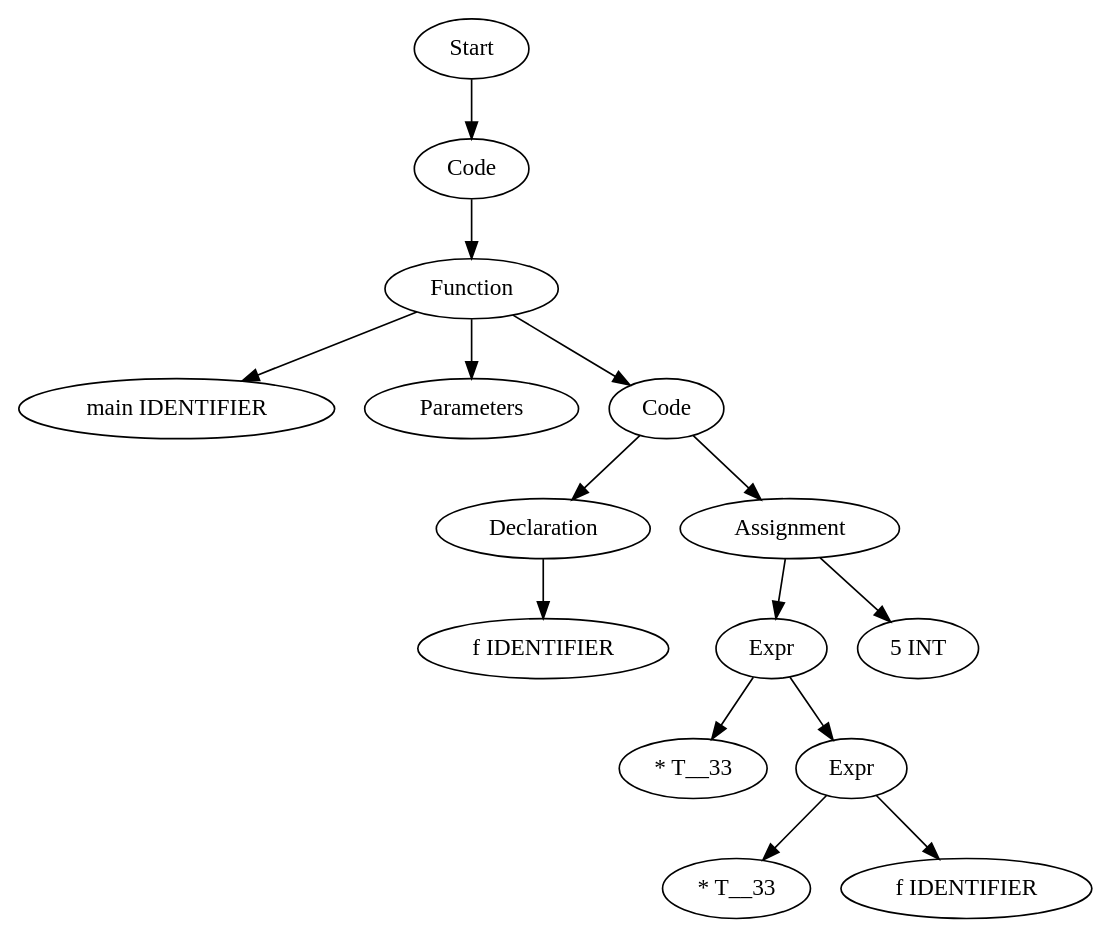
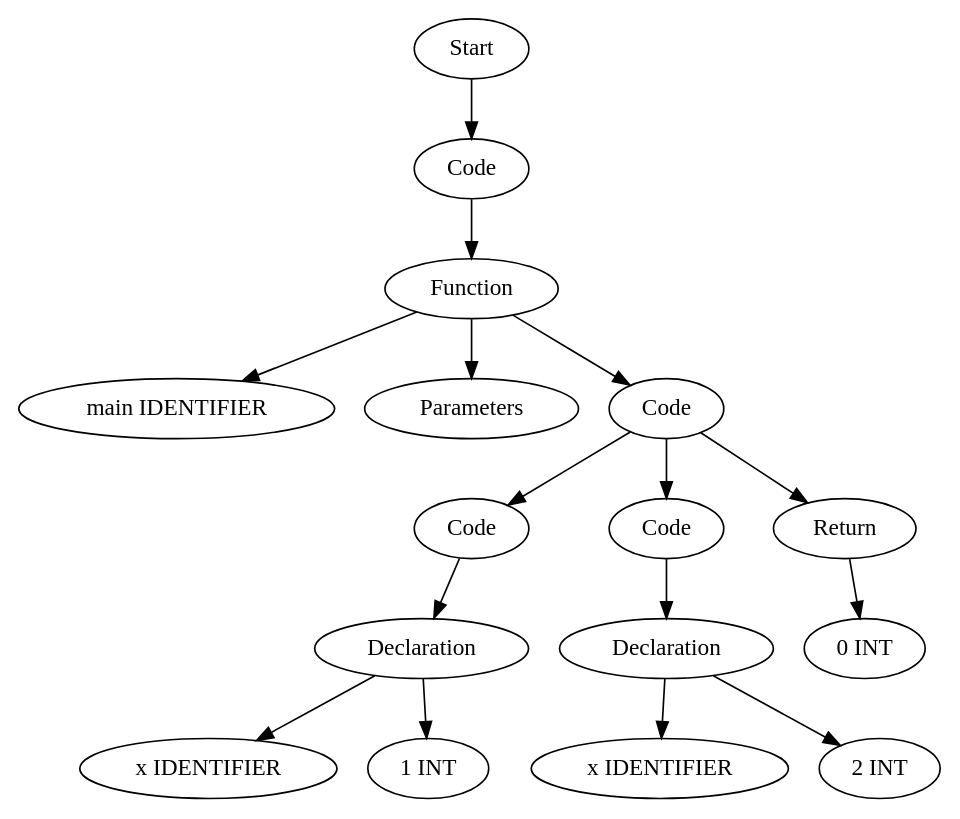
The diagram in TestCases/ASTTests/SemanticErrorsTests/createTests/read_file_before.dot (Are-you-listening/Compilers), drawn with Graphviz before and after one commit. The commit also changed 184 other files, not shown here.

```diff
--- a/TestCases/ASTTests/SemanticErrorsTests/createTests/read_file_before.dot
+++ b/TestCases/ASTTests/SemanticErrorsTests/createTests/read_file_before.dot
@@ -1,31 +1,33 @@
 digraph AST {
-  "133795317442464" [label="Start"];
-  "133795317442464" -> "133795317447696";
-  "133795317447696" [label="Code"];
-  "133795317447696" -> "133795317445104";
-  "133795317445104" [label="Function"];
-  "133795317445104" -> "133795317437328";
-  "133795317445104" -> "133795317438624";
-  "133795317445104" -> "133795317442272";
-  "133795317437328" [label="main IDENTIFIER"];
-  "133795317438624" [label="Parameters"];
-  "133795317442272" [label="Code"];
-  "133795317442272" -> "133795317437616";
-  "133795317442272" -> "133795317448128";
-  "133795317437616" [label="Declaration"];
-  "133795317437616" -> "133795317437136";
-  "133795317437136" [label="f IDENTIFIER"];
-  "133795317448128" [label="Assignment"];
-  "133795317448128" -> "133795317446880";
-  "133795317448128" -> "133795317442992";
-  "133795317446880" [label="Expr"];
-  "133795317446880" -> "133795317447360";
-  "133795317446880" -> "133795317432624";
-  "133795317447360" [label="* T__33"];
-  "133795317432624" [label="Expr"];
-  "133795317432624" -> "133795317444864";
-  "133795317432624" -> "133795317442320";
-  "133795317444864" [label="* T__33"];
-  "133795317442320" [label="f IDENTIFIER"];
-  "133795317442992" [label="5 INT"];
+  "137168701062400" [label="Start"];
+  "137168701062400" -> "137168701062592";
+  "137168701062592" [label="Code"];
+  "137168701062592" -> "137168701134192";
+  "137168701134192" [label="Function"];
+  "137168701134192" -> "137168701131552";
+  "137168701134192" -> "137168701130400";
+  "137168701134192" -> "137168701134432";
+  "137168701131552" [label="main IDENTIFIER"];
+  "137168701130400" [label="Parameters"];
+  "137168701134432" [label="Code"];
+  "137168701134432" -> "137168701130640";
+  "137168701134432" -> "137168701130016";
+  "137168701134432" -> "137168701129968";
+  "137168701130640" [label="Code"];
+  "137168701130640" -> "137168701134048";
+  "137168701134048" [label="Declaration"];
+  "137168701134048" -> "137168701130112";
+  "137168701134048" -> "137168701130592";
+  "137168701130112" [label="x IDENTIFIER"];
+  "137168701130592" [label="1 INT"];
+  "137168701130016" [label="Code"];
+  "137168701130016" -> "137168701129104";
+  "137168701129104" [label="Declaration"];
+  "137168701129104" -> "137168701132416";
+  "137168701129104" -> "137168701135440";
+  "137168701132416" [label="x IDENTIFIER"];
+  "137168701135440" [label="2 INT"];
+  "137168701129968" [label="Return"];
+  "137168701129968" -> "137168701132224";
+  "137168701132224" [label="0 INT"];
 }
```
